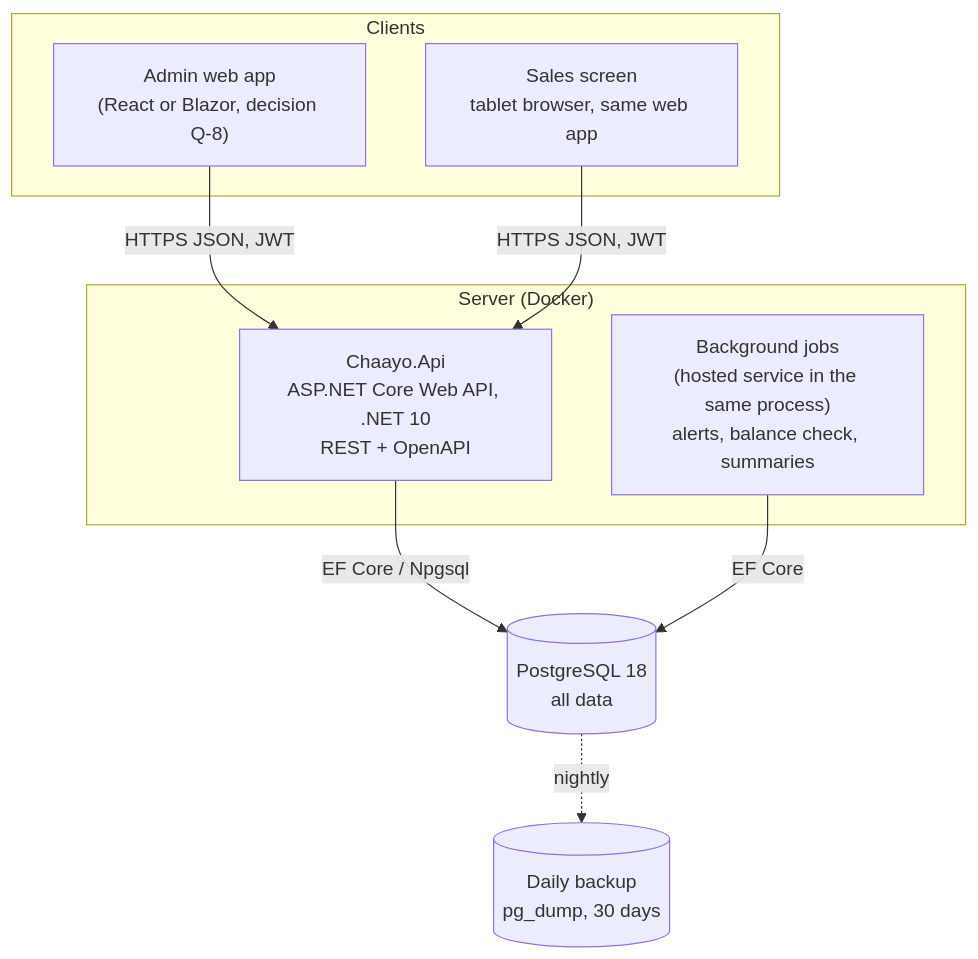
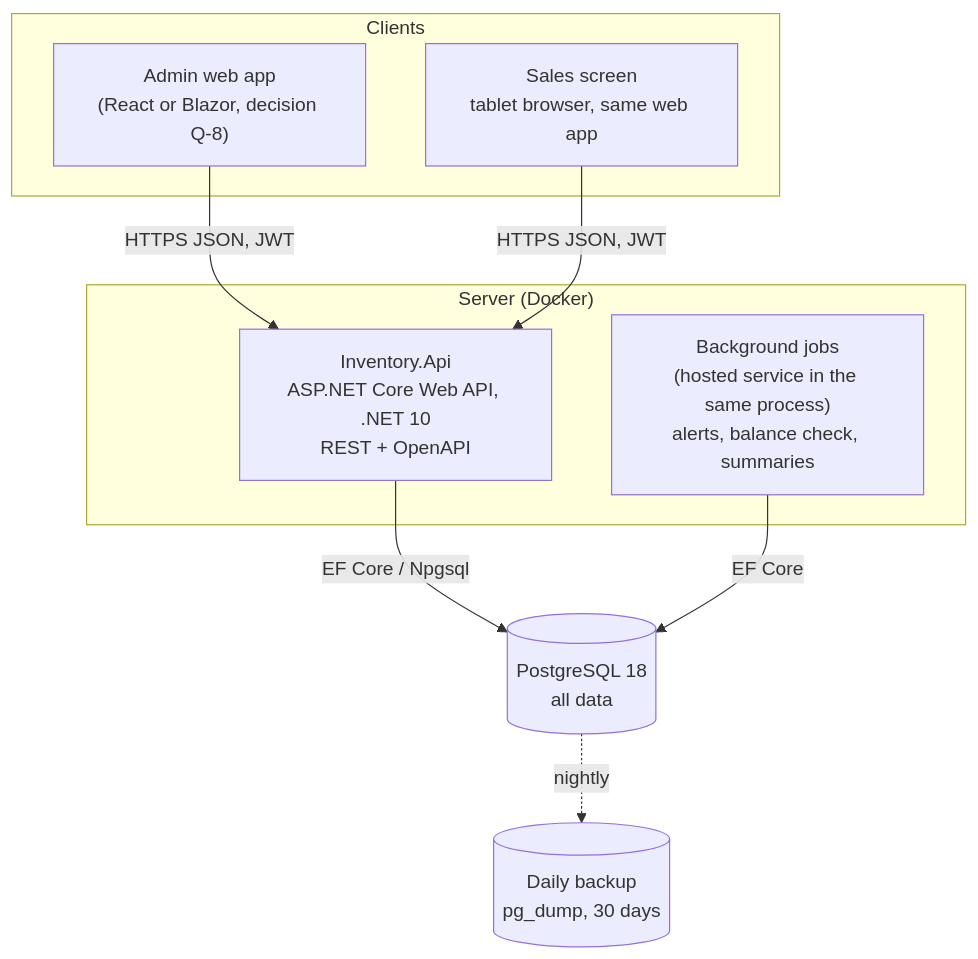
One commit to MahdiMoosavi-dev/Chaayo changed the second of 6 diagrams in docs/02-architecture.md. Above: the diagram before and after it, drawn with Mermaid. The commit also changed other lines of this file and 12 other files, not shown here.

First line of the commit message:
chore: rename project from Chaayo to Inventory (اینونتوری) and add inventory-engineer agent

````diff
--- a/docs/02-architecture.md
+++ b/docs/02-architecture.md
@@ -29,21 +29,21 @@
 ```mermaid
 flowchart TB
     subgraph clients ["Clients"]
         web["Admin web app<br/>(React or Blazor, decision Q-8)"]
         pos["Sales screen<br/>tablet browser, same web app"]
     end
 
     subgraph server ["Server (Docker)"]
-        api["Chaayo.Api<br/>ASP.NET Core Web API, .NET 10<br/>REST + OpenAPI"]
+        api["Inventory.Api<br/>ASP.NET Core Web API, .NET 10<br/>REST + OpenAPI"]
         worker["Background jobs<br/>(hosted service in the same process)<br/>alerts, balance check, summaries"]
     end
 
     db[("PostgreSQL 18<br/>all data")]
     backup[("Daily backup<br/>pg_dump, 30 days")]
 
     web -- "HTTPS JSON, JWT" --> api
     pos -- "HTTPS JSON, JWT" --> api
     api -- "EF Core / Npgsql" --> db
     worker -- "EF Core" --> db
     db -. "nightly" .-> backup
 ```
````
